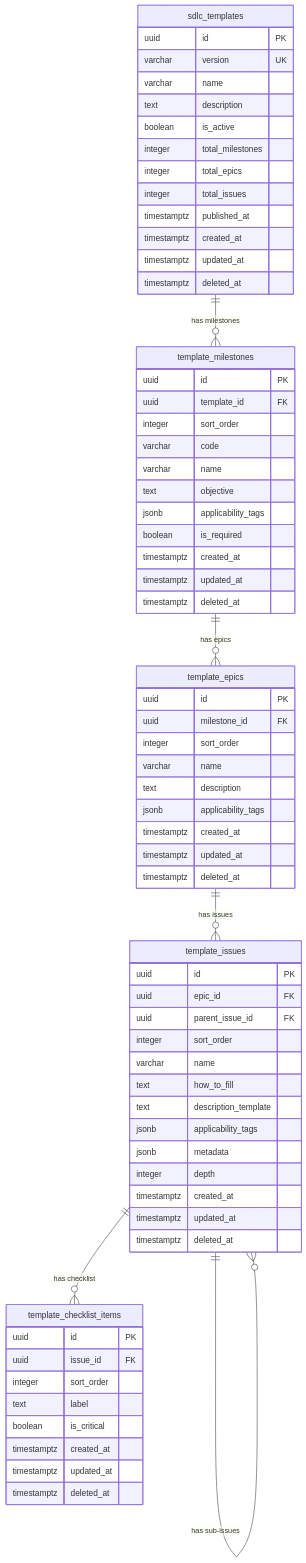
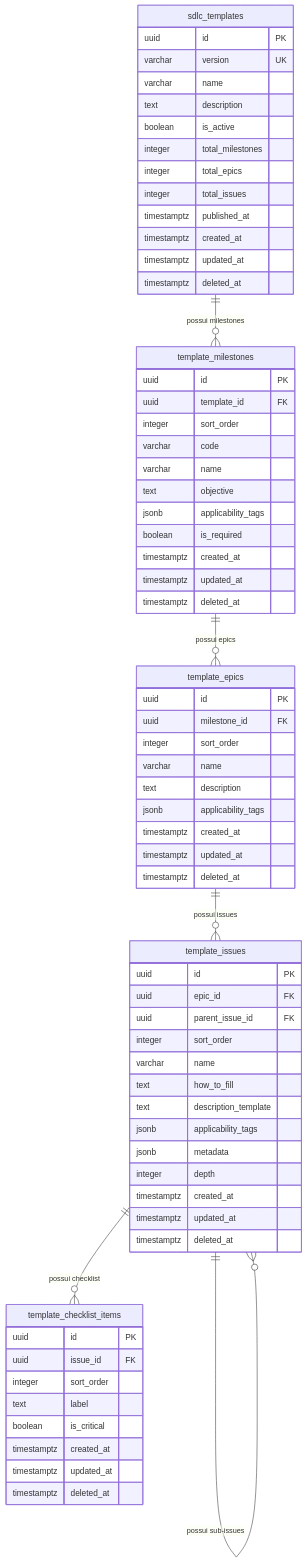
The fourth of 8 diagrams in docs/database/schema-excalidraw.md (renatobardi/oute-main), drawn with Mermaid before and after one commit. The commit also changed other lines of this file and 23 other files, not shown here.

````diff
--- a/docs/database/schema-excalidraw.md
+++ b/docs/database/schema-excalidraw.md
@@ -173,76 +173,76 @@
 ```mermaid
 erDiagram
     sdlc_templates {
         uuid id PK
         varchar version UK
         varchar name
         text description
         boolean is_active
         integer total_milestones
         integer total_epics
         integer total_issues
         timestamptz published_at
         timestamptz created_at
         timestamptz updated_at
         timestamptz deleted_at
     }
 
     template_milestones {
         uuid id PK
         uuid template_id FK
         integer sort_order
         varchar code
         varchar name
         text objective
         jsonb applicability_tags
         boolean is_required
         timestamptz created_at
         timestamptz updated_at
         timestamptz deleted_at
     }
 
     template_epics {
         uuid id PK
         uuid milestone_id FK
         integer sort_order
         varchar name
         text description
         jsonb applicability_tags
         timestamptz created_at
         timestamptz updated_at
         timestamptz deleted_at
     }
 
     template_issues {
         uuid id PK
         uuid epic_id FK
         uuid parent_issue_id FK
         integer sort_order
         varchar name
         text how_to_fill
         text description_template
         jsonb applicability_tags
         jsonb metadata
         integer depth
         timestamptz created_at
         timestamptz updated_at
         timestamptz deleted_at
     }
 
     template_checklist_items {
         uuid id PK
         uuid issue_id FK
         integer sort_order
         text label
         boolean is_critical
         timestamptz created_at
         timestamptz updated_at
         timestamptz deleted_at
     }
 
-    sdlc_templates ||--o{ template_milestones : "has milestones"
-    template_milestones ||--o{ template_epics : "has epics"
-    template_epics ||--o{ template_issues : "has issues"
-    template_issues ||--o{ template_issues : "has sub-issues"
-    template_issues ||--o{ template_checklist_items : "has checklist"
+    sdlc_templates ||--o{ template_milestones : "possui milestones"
+    template_milestones ||--o{ template_epics : "possui epics"
+    template_epics ||--o{ template_issues : "possui issues"
+    template_issues ||--o{ template_issues : "possui sub-issues"
+    template_issues ||--o{ template_checklist_items : "possui checklist"
 ```
````
